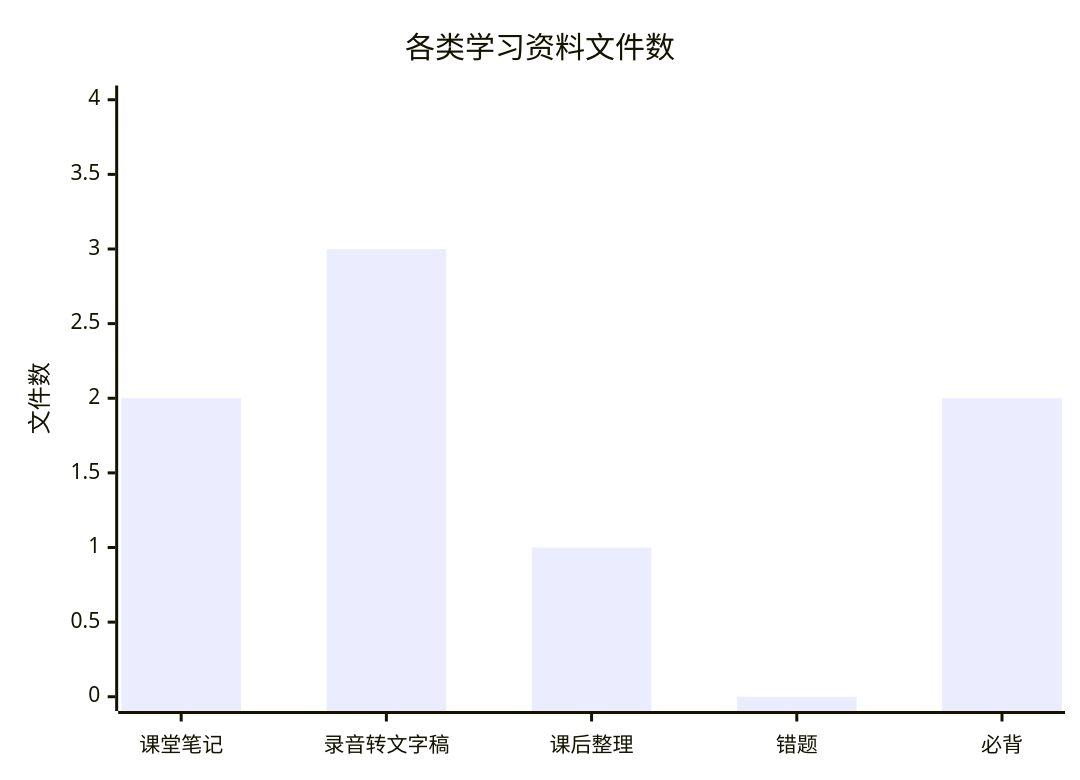
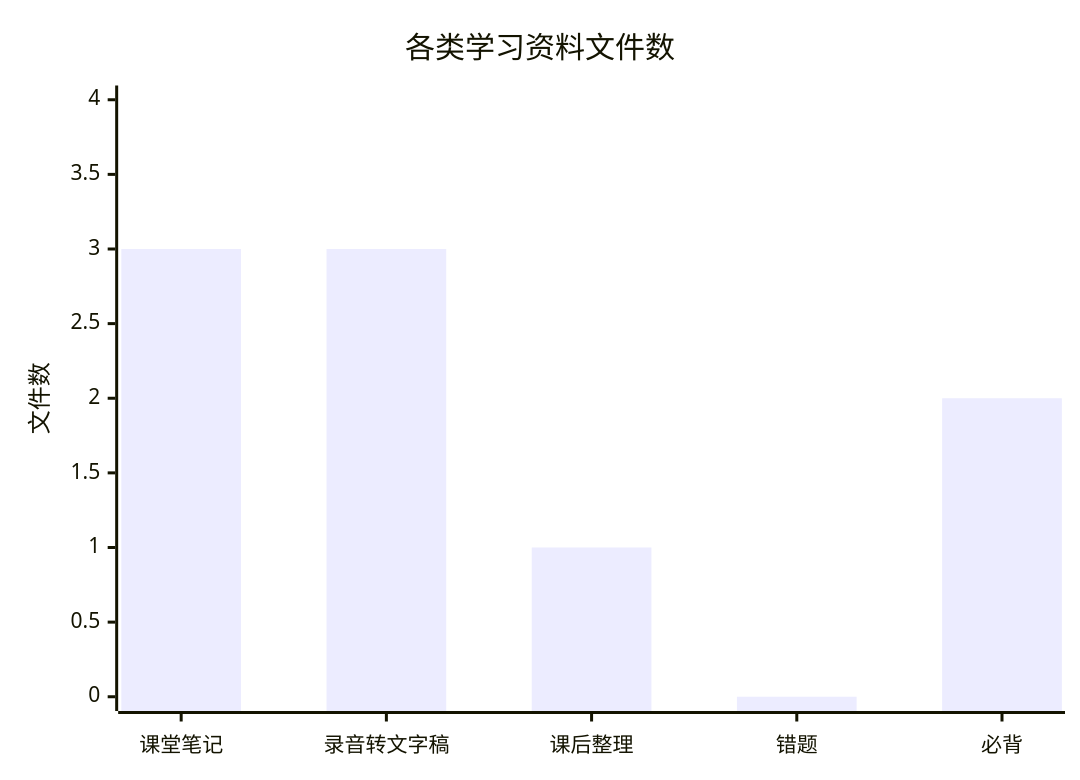
The third of 3 diagrams in README.md (zhuchenyu2008/Learning-Library), drawn with Mermaid before and after one commit. The commit also changed other lines of this file, not shown here.

````diff
--- a/README.md
+++ b/README.md
@@ -56,7 +56,7 @@
 ```mermaid
 xychart-beta
     title "各类学习资料文件数"
     x-axis ["课堂笔记", "录音转文字稿", "课后整理", "错题", "必背"]
     y-axis "文件数" 0 --> 4
-    bar [2, 3, 1, 0, 2]
+    bar [3, 3, 1, 0, 2]
 ```
````
